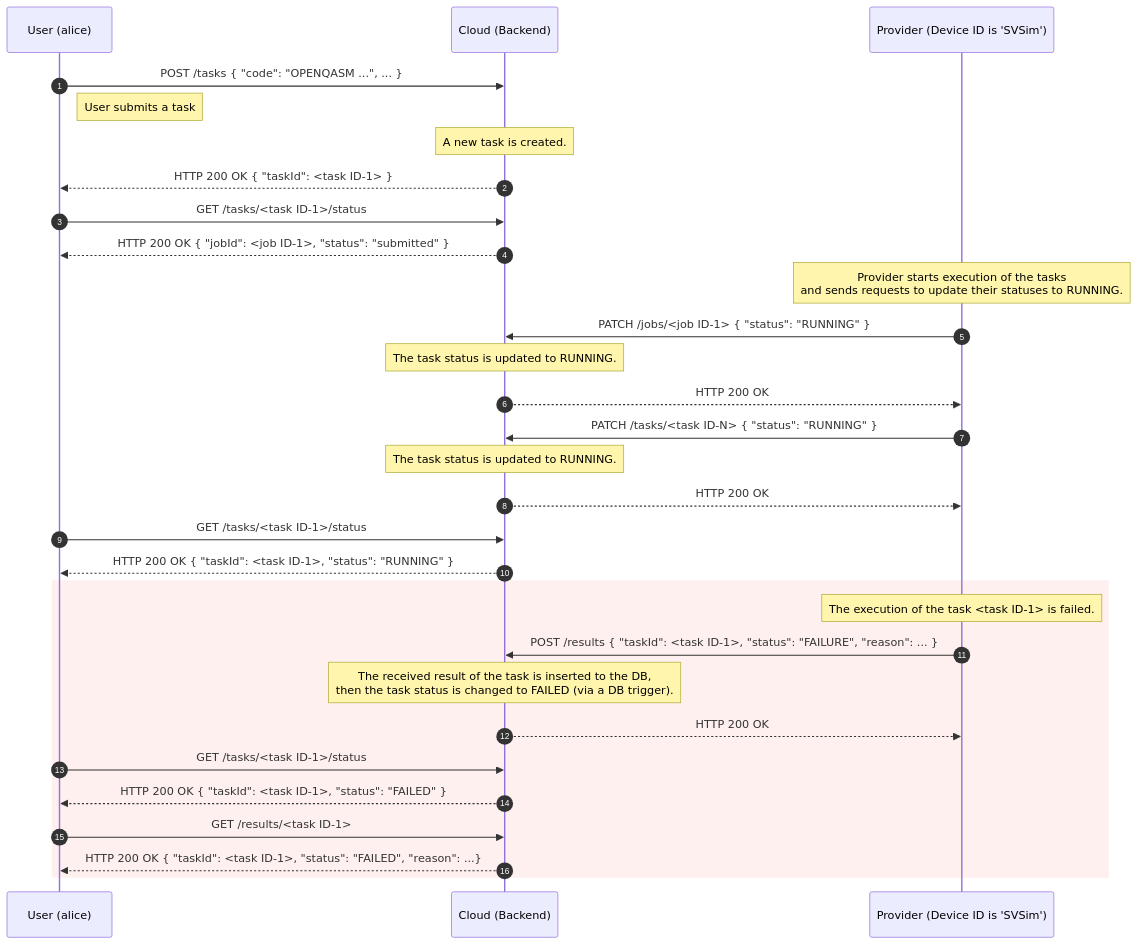
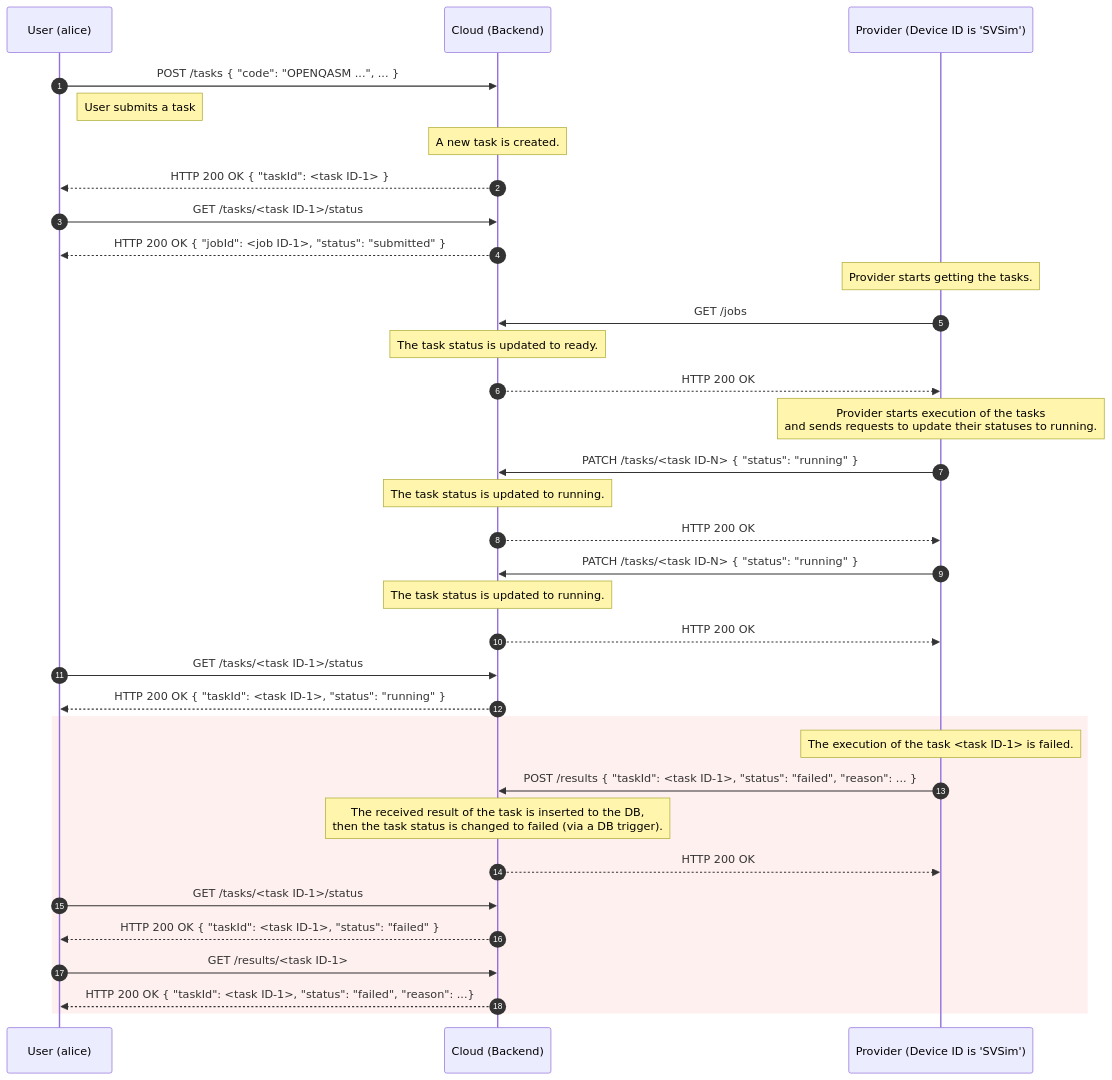
The second of 3 diagrams in docs/en/architecture/sequence_diagram.md (oqtopus-team/oqtopus-cloud), drawn with Mermaid before and after one commit. The commit also changed other lines of this file and 37 other files, not shown here.

````diff
--- a/docs/en/architecture/sequence_diagram.md
+++ b/docs/en/architecture/sequence_diagram.md
@@ -80,40 +88,45 @@
 ```mermaid
 sequenceDiagram
     autonumber
     participant User as User (alice)
     participant Cloud as Cloud (Backend)
     participant Provider as Provider (Device ID is 'SVSim')
 
     User->>Cloud: POST /tasks { "code": "OPENQASM ...", ... }
     Note right of User: User submits a task
     Note over Cloud: A new task is created.
     Cloud-->>User: HTTP 200 OK { "taskId": <task ID-1> }
 
     User->>Cloud: GET /tasks/<task ID-1>/status
     Cloud-->>User: HTTP 200 OK { "jobId": <job ID-1>, "status": "submitted" }
 
-    Note over Provider: Provider starts execution of the tasks<br>and sends requests to update their statuses to RUNNING.
-    Provider->>Cloud: PATCH /jobs/<job ID-1> { "status": "RUNNING" }
-    Note over Cloud: The task status is updated to RUNNING.
+    Note over Provider: Provider starts getting the tasks.
+    Provider->>Cloud: GET /jobs
+    Note over Cloud: The task status is updated to ready.
     Cloud-->>Provider: HTTP 200 OK
 
-    Provider->>Cloud: PATCH /tasks/<task ID-N> { "status": "RUNNING" }
-    Note over Cloud: The task status is updated to RUNNING.
+    Note over Provider: Provider starts execution of the tasks<br>and sends requests to update their statuses to running.
+    Provider->>Cloud: PATCH /tasks/<task ID-N> { "status": "running" }
+    Note over Cloud: The task status is updated to running.
+    Cloud-->>Provider: HTTP 200 OK
+
+    Provider->>Cloud: PATCH /tasks/<task ID-N> { "status": "running" }
+    Note over Cloud: The task status is updated to running.
     Cloud-->>Provider: HTTP 200 OK
 
     User->>Cloud: GET /tasks/<task ID-1>/status
-    Cloud-->>User: HTTP 200 OK { "taskId": <task ID-1>, "status": "RUNNING" }
+    Cloud-->>User: HTTP 200 OK { "taskId": <task ID-1>, "status": "running" }
 
     rect rgb(255, 240, 240)
         Note over Provider: The execution of the task <task ID-1> is failed.
-        Provider->>Cloud: POST /results { "taskId": <task ID-1>, "status": "FAILURE", "reason": ... }
-        Note over Cloud: The received result of the task is inserted to the DB,<br> then the task status is changed to FAILED (via a DB trigger).
+        Provider->>Cloud: POST /results { "taskId": <task ID-1>, "status": "failed", "reason": ... }
+        Note over Cloud: The received result of the task is inserted to the DB,<br> then the task status is changed to failed (via a DB trigger).
         Cloud-->>Provider: HTTP 200 OK
   
         User->>Cloud: GET /tasks/<task ID-1>/status
-        Cloud-->>User: HTTP 200 OK { "taskId": <task ID-1>, "status": "FAILED" }
+        Cloud-->>User: HTTP 200 OK { "taskId": <task ID-1>, "status": "failed" }
   
         User->>Cloud: GET /results/<task ID-1>
-        Cloud-->>User: HTTP 200 OK { "taskId": <task ID-1>, "status": "FAILED", "reason": ...}
+        Cloud-->>User: HTTP 200 OK { "taskId": <task ID-1>, "status": "failed", "reason": ...}
     end
 ```
````
